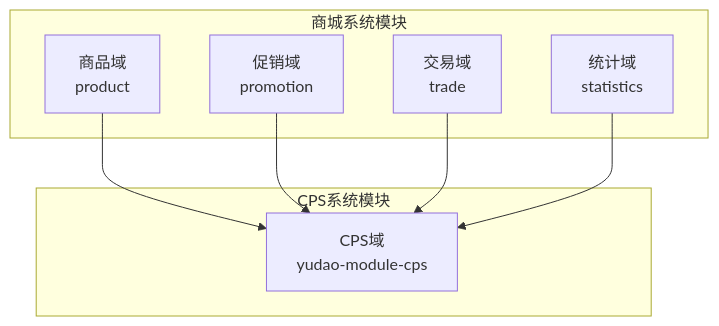
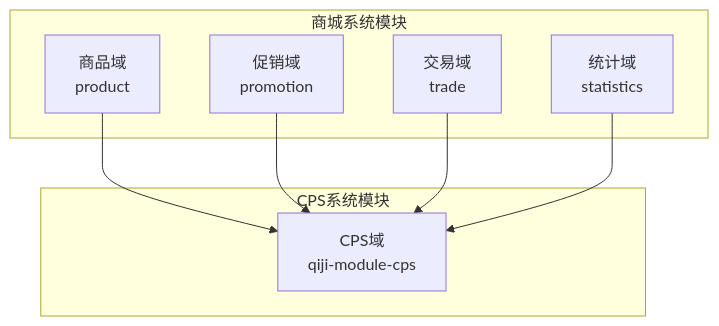
The first of 6 diagrams in backend/.qoder/repowiki/zh/content/核心业务模块/商城系统模块/商城系统模块.md (zhuangpengLI/AgenticCPS), drawn with Mermaid before and after one commit. The commit also changed other lines of this file and 3489 other files, not shown here.

````diff
--- a/backend/.qoder/repowiki/zh/content/核心业务模块/商城系统模块/商城系统模块.md
+++ b/backend/.qoder/repowiki/zh/content/核心业务模块/商城系统模块/商城系统模块.md
@@ -34,16 +34,16 @@
 ```mermaid
 graph TB
 subgraph "商城系统模块"
 A["商品域<br/>product"]
 B["促销域<br/>promotion"]
 C["交易域<br/>trade"]
 D["统计域<br/>statistics"]
 end
 subgraph "CPS系统模块"
-E["CPS域<br/>yudao-module-cps"]
+E["CPS域<br/>qiji-module-cps"]
 end
 A --> E
 B --> E
 C --> E
 D --> E
 ```
````
